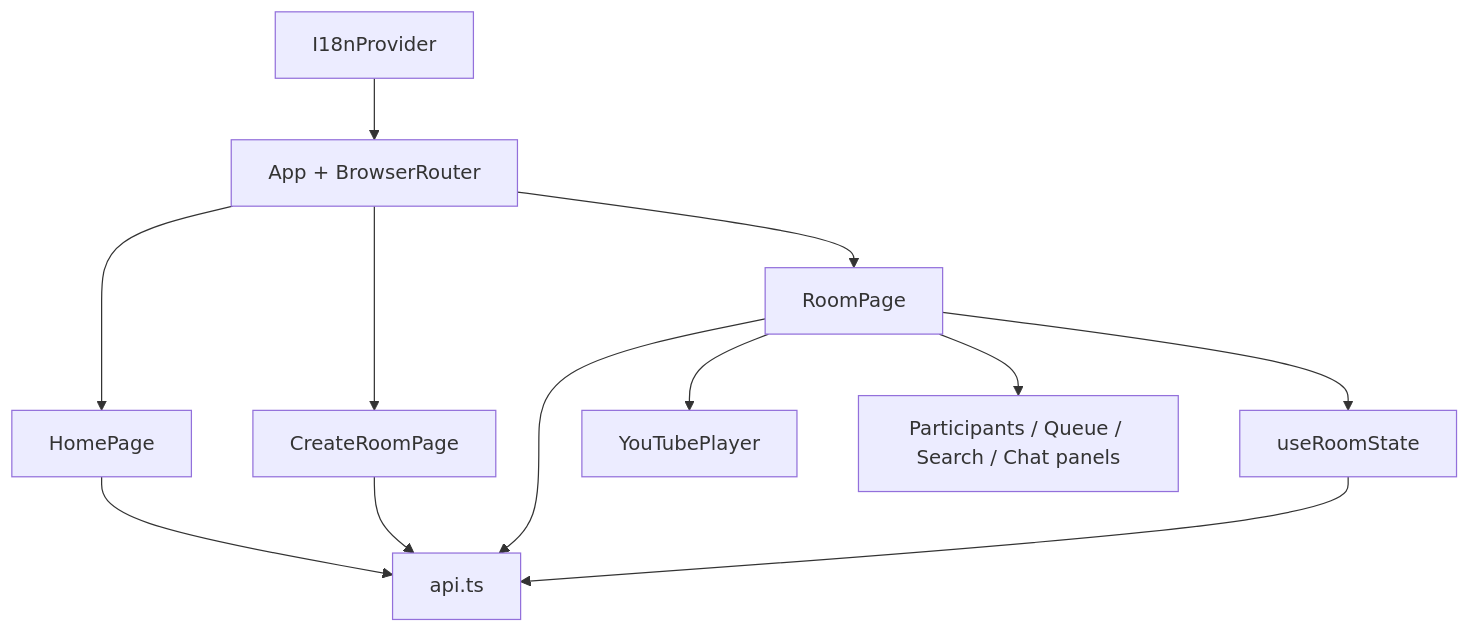
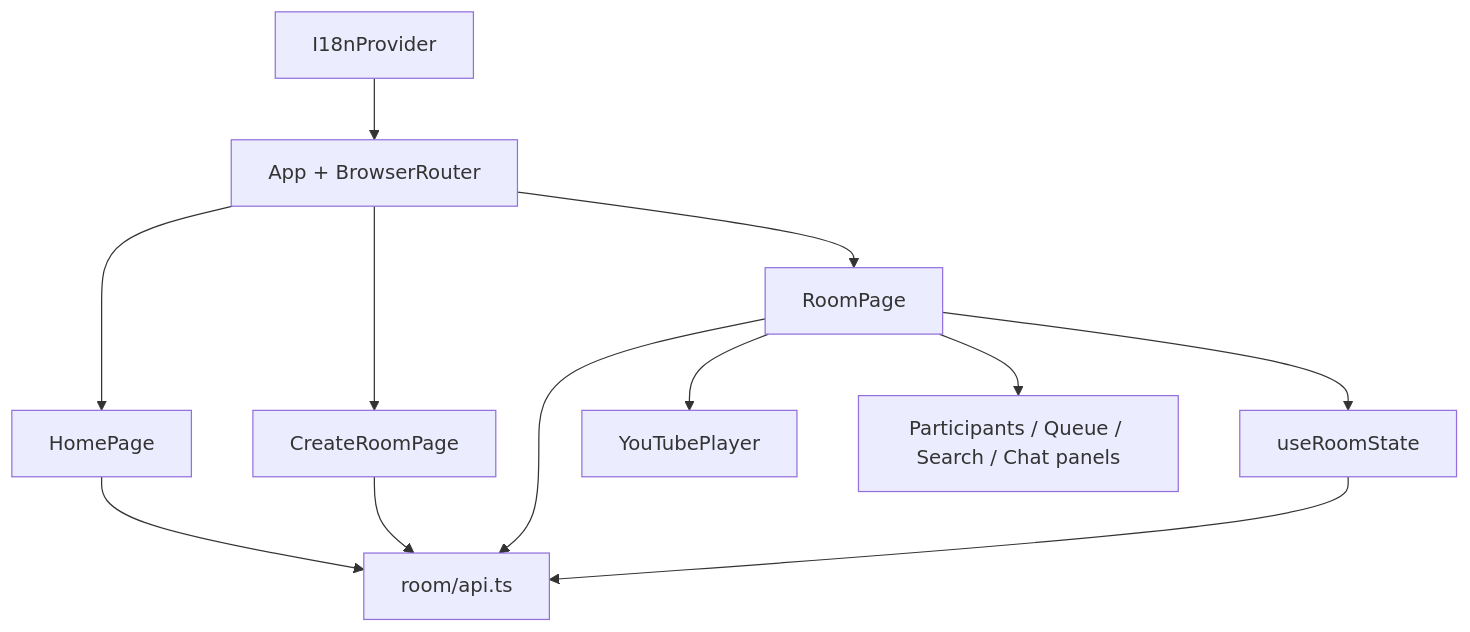
One commit to whitekw/jukebox changed the third of 7 diagrams in docs/ARCHITECTURE.md. Above: the diagram before and after it, drawn with Mermaid. The commit also changed other lines of this file and 89 other files, not shown here.

Commit message:
refactor: organize frontend features and account-owned room flow

````diff
--- a/docs/ARCHITECTURE.md
+++ b/docs/ARCHITECTURE.md
@@ -113,24 +113,24 @@
 ```mermaid
 flowchart TB
     APP[App + BrowserRouter]
     HOME[HomePage]
     CREATE[CreateRoomPage]
     ROOM[RoomPage]
     HOOK[useRoomState]
-    API[api.ts]
+    API[room/api.ts]
     PLAYER[YouTubePlayer]
     PANELS[Participants / Queue / Search / Chat panels]
     I18N[I18nProvider]
 
     I18N --> APP
     APP --> HOME
     APP --> CREATE
     APP --> ROOM
     HOME --> API
     CREATE --> API
     ROOM --> HOOK
     ROOM --> API
     ROOM --> PLAYER
     ROOM --> PANELS
     HOOK --> API
 ```
````
